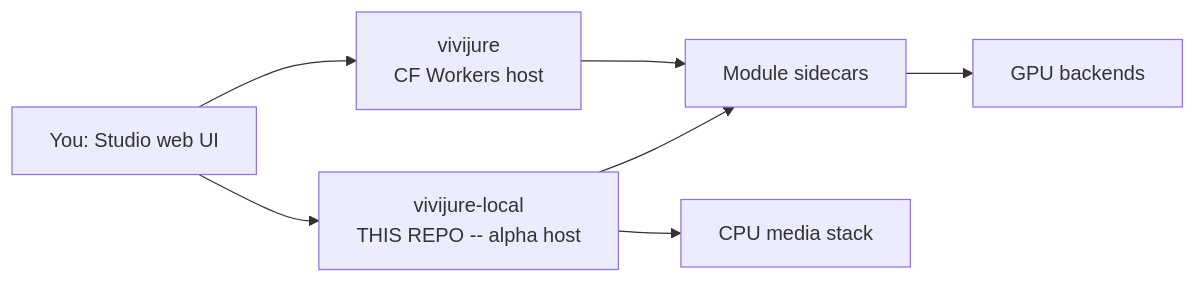
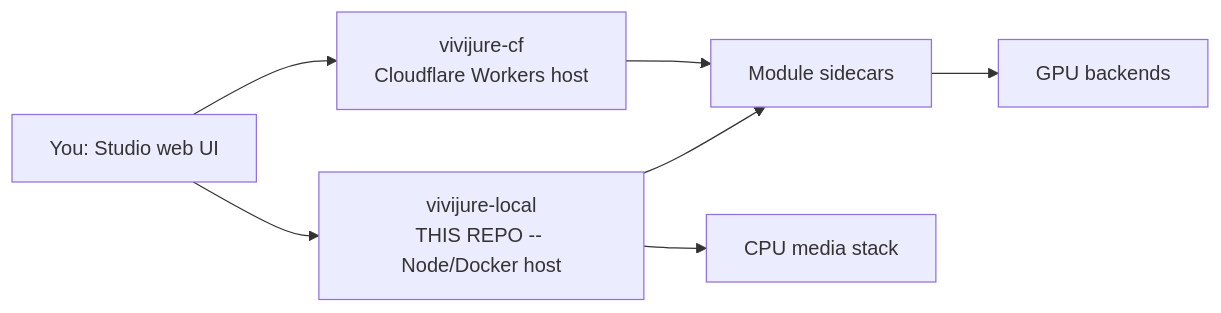
The diagram in README.md (skyphusion-labs/vivijure-local), drawn with Mermaid before and after one commit. The commit also changed other lines of this file and 6 other files, not shown here.

First line of the commit message:
docs: de-alpha vivijure-local and repoint stale monolith pointers to vivijure-cf (#68)

````diff
--- a/README.md
+++ b/README.md
@@ -48,16 +50,16 @@
 ```mermaid
 flowchart LR
     you[You: Studio web UI]
-    local[vivijure-local<br/>THIS REPO -- alpha host]
-    cf[vivijure<br/>CF Workers host]
+    local[vivijure-local<br/>THIS REPO -- Node/Docker host]
+    cf[vivijure-cf<br/>Cloudflare Workers host]
     modules[Module sidecars]
     gpu[GPU backends]
     cpu[CPU media stack]
 
     you --> local
     you --> cf
     local --> modules
     cf --> modules
     modules --> gpu
     local --> cpu
 ```
````
